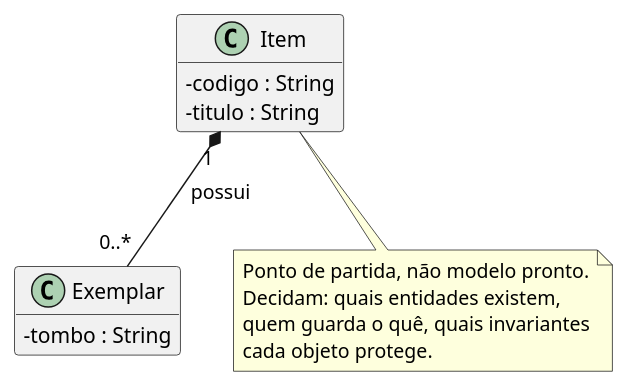
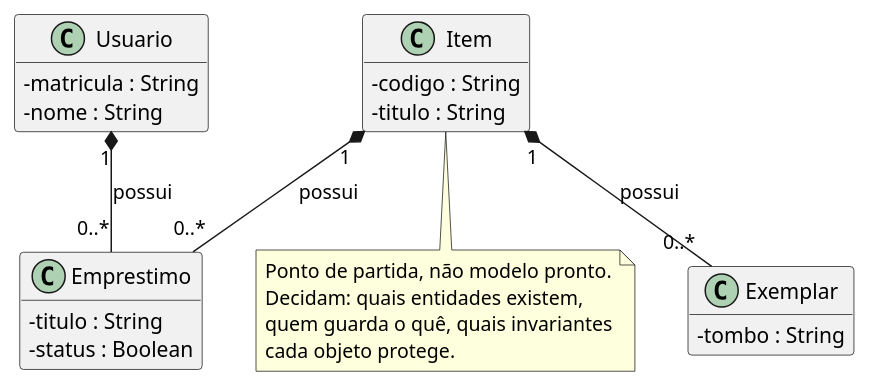
Before and after one commit to AntoniElae/POO-2026-2: the diagram in docs/modelo.puml, drawn with PlantUML.

Commit message:
PlantUML

```diff
--- a/docs/modelo.puml
+++ b/docs/modelo.puml
@@ -1,32 +1,44 @@
 @startuml
 ' Modelo de domínio do sistema: Entrega 1.
 '
 ' Este arquivo é o ponto de partida. Substitua pelo modelo da sua equipe.
 ' O diagrama precisa corresponder ao código entregue.
 '
 ' Para gerar a imagem: instale o plugin PlantUML no IntelliJ, ou use
 '   plantuml docs/modelo.puml
 ' e versione a imagem gerada ao lado deste arquivo.
 
 skinparam classAttributeIconSize 0
 hide empty members
 
 class Item {
   - codigo : String
   - titulo : String
 }
 
 class Exemplar {
   - tombo : String
 }
 
+class Usuario {
+  - matricula : String
+  - nome : String
+}
+
+class Emprestimo {
+  - titulo : String
+  - status : Boolean
+}
+
 Item "1" *-- "0..*" Exemplar : possui
+Usuario "1" *-- "0..*" Emprestimo : possui
+Item "1" *-- "0..*" Emprestimo : possui
 
 note bottom of Item
   Ponto de partida, não modelo pronto.
   Decidam: quais entidades existem,
   quem guarda o quê, quais invariantes
   cada objeto protege.
 end note
 
 @enduml
```
